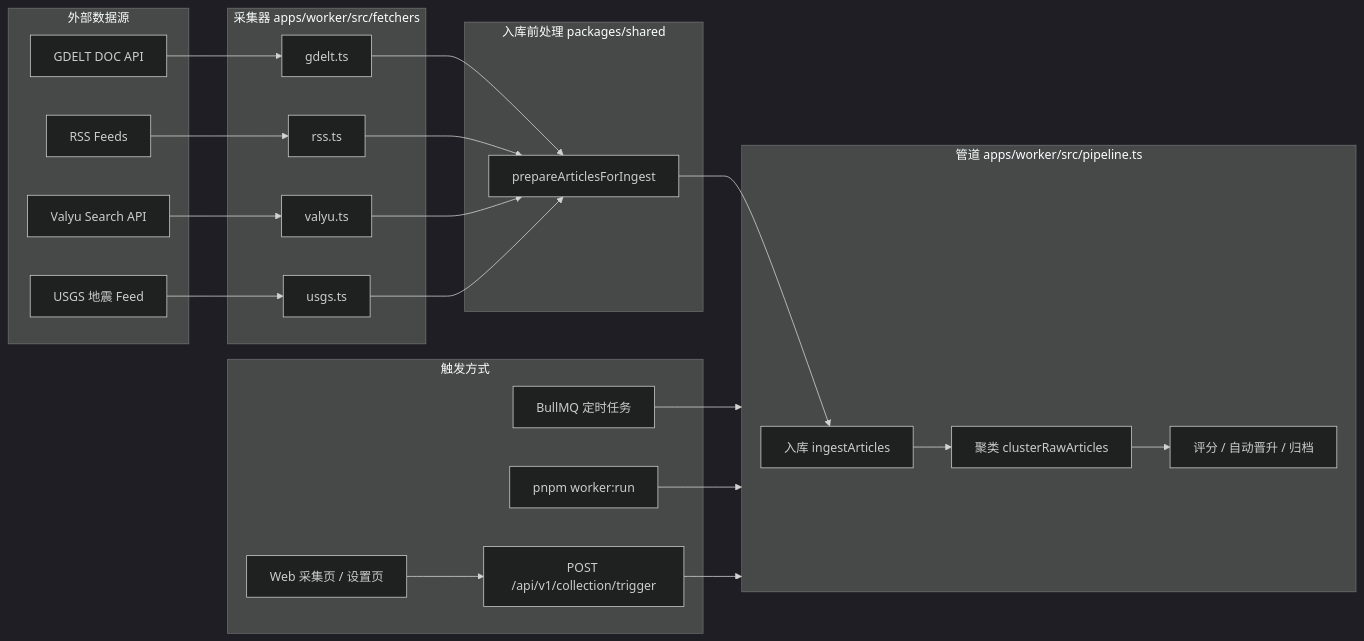
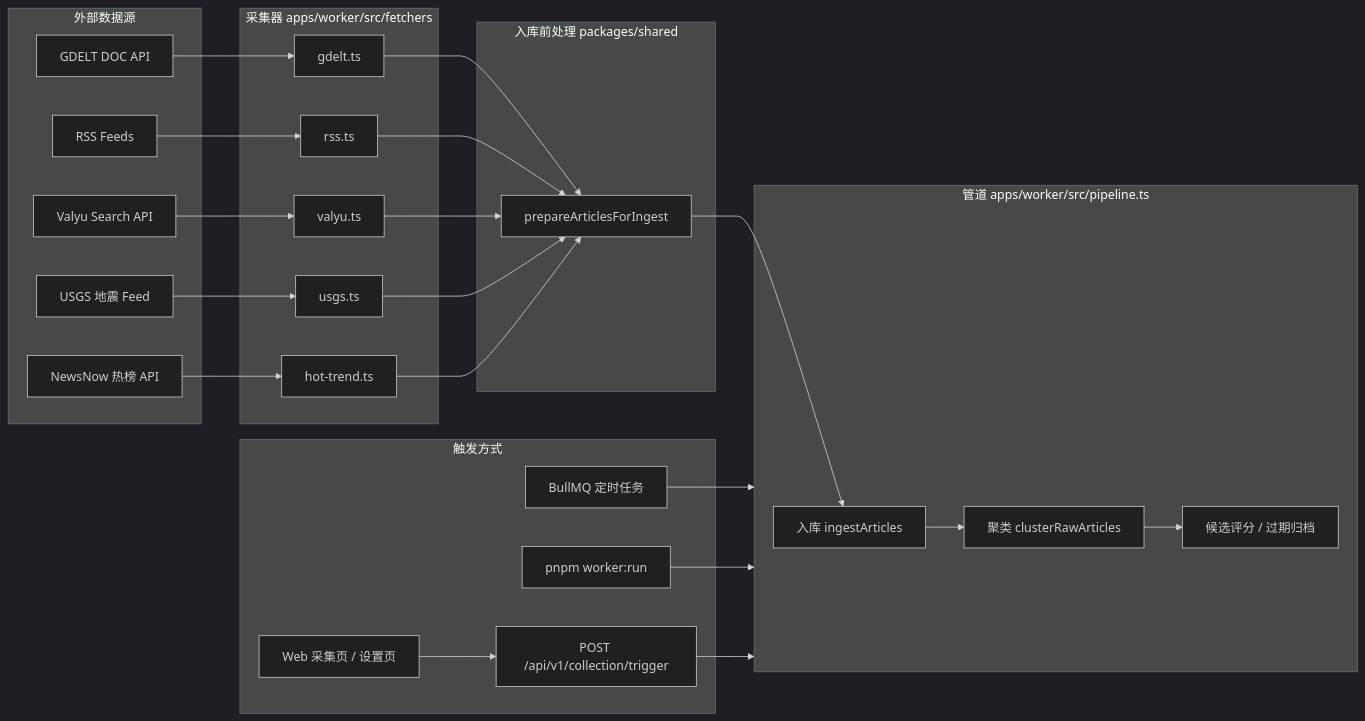
The first of 2 diagrams in docs/data-collection.md (Baozi926/event-time-line), drawn with Mermaid (dark theme) before and after one commit. The commit also changed other lines of this file and 86 other files, not shown here.

````diff
--- a/docs/data-collection.md
+++ b/docs/data-collection.md
@@ -11,49 +11,53 @@
 ```mermaid
 flowchart LR
     subgraph sources [外部数据源]
         GDELT[GDELT DOC API]
         RSS[RSS Feeds]
         Valyu[Valyu Search API]
         USGS[USGS 地震 Feed]
+        NewsNow[NewsNow 热榜 API]
     end
 
     subgraph fetchers [采集器 apps/worker/src/fetchers]
         GdeltFetcher[gdelt.ts]
         RssFetcher[rss.ts]
         ValyuFetcher[valyu.ts]
         UsgsFetcher[usgs.ts]
+        HotTrendFetcher[hot-trend.ts]
     end
 
     subgraph filter [入库前处理 packages/shared]
         Prepare[prepareArticlesForIngest]
     end
 
     subgraph pipeline [管道 apps/worker/src/pipeline.ts]
         Ingest[入库 ingestArticles]
         Cluster[聚类 clusterRawArticles]
-        Score[评分 / 自动晋升 / 归档]
+        Score[候选评分 / 过期归档]
     end
 
     subgraph triggers [触发方式]
         Cron[BullMQ 定时任务]
         CLI[pnpm worker:run]
         API[POST /api/v1/collection/trigger]
         Web[Web 采集页 / 设置页]
     end
 
     GDELT --> GdeltFetcher
     RSS --> RssFetcher
     Valyu --> ValyuFetcher
     USGS --> UsgsFetcher
+    NewsNow --> HotTrendFetcher
     GdeltFetcher --> Prepare
     RssFetcher --> Prepare
     ValyuFetcher --> Prepare
     UsgsFetcher --> Prepare
+    HotTrendFetcher --> Prepare
     Prepare --> Ingest
     Ingest --> Cluster --> Score
 
     Cron --> pipeline
     CLI --> pipeline
     API --> pipeline
     Web --> API
 ```
````
